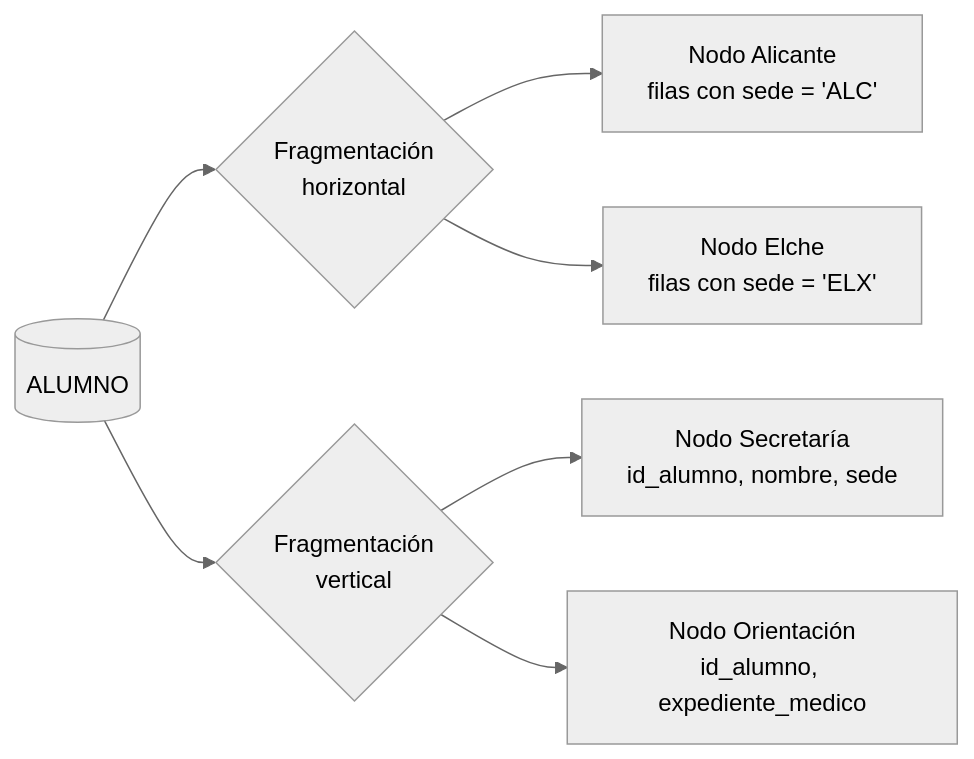
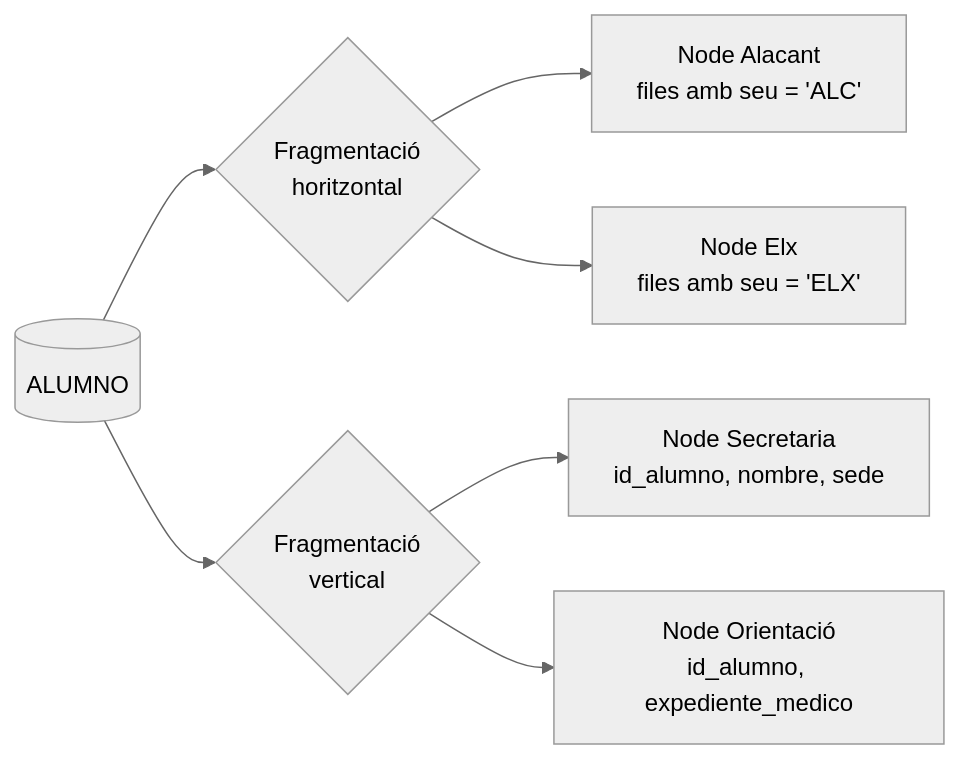
One commit to LorenaLResusta/BBDD changed the second of 3 diagrams in content.es/ud01-introduccion/ud01-teoria.md. Above: the diagram before and after it, drawn with Mermaid (neutral theme). The commit also changed other lines of this file and 13 other files, not shown here.

````diff
--- a/content.es/ud01-introduccion/ud01-teoria.md
+++ b/content.es/ud01-introduccion/ud01-teoria.md
@@ -733,9 +733,9 @@
 ```mermaid
 flowchart LR
-    T[(ALUMNO)] --> H{Fragmentación<br/>horizontal}
-    T --> V{Fragmentación<br/>vertical}
-    H --> H1["Nodo Alicante<br/>filas con sede = 'ALC'"]
-    H --> H2["Nodo Elche<br/>filas con sede = 'ELX'"]
-    V --> V1["Nodo Secretaría<br/>id_alumno, nombre, sede"]
-    V --> V2["Nodo Orientación<br/>id_alumno, expediente_medico"]
+    T[(ALUMNO)] --> H{Fragmentació<br/>horitzontal}
+    T --> V{Fragmentació<br/>vertical}
+    H --> H1["Node Alacant<br/>files amb seu = 'ALC'"]
+    H --> H2["Node Elx<br/>files amb seu = 'ELX'"]
+    V --> V1["Node Secretaria<br/>id_alumno, nombre, sede"]
+    V --> V2["Node Orientació<br/>id_alumno, expediente_medico"]
 ```
````
